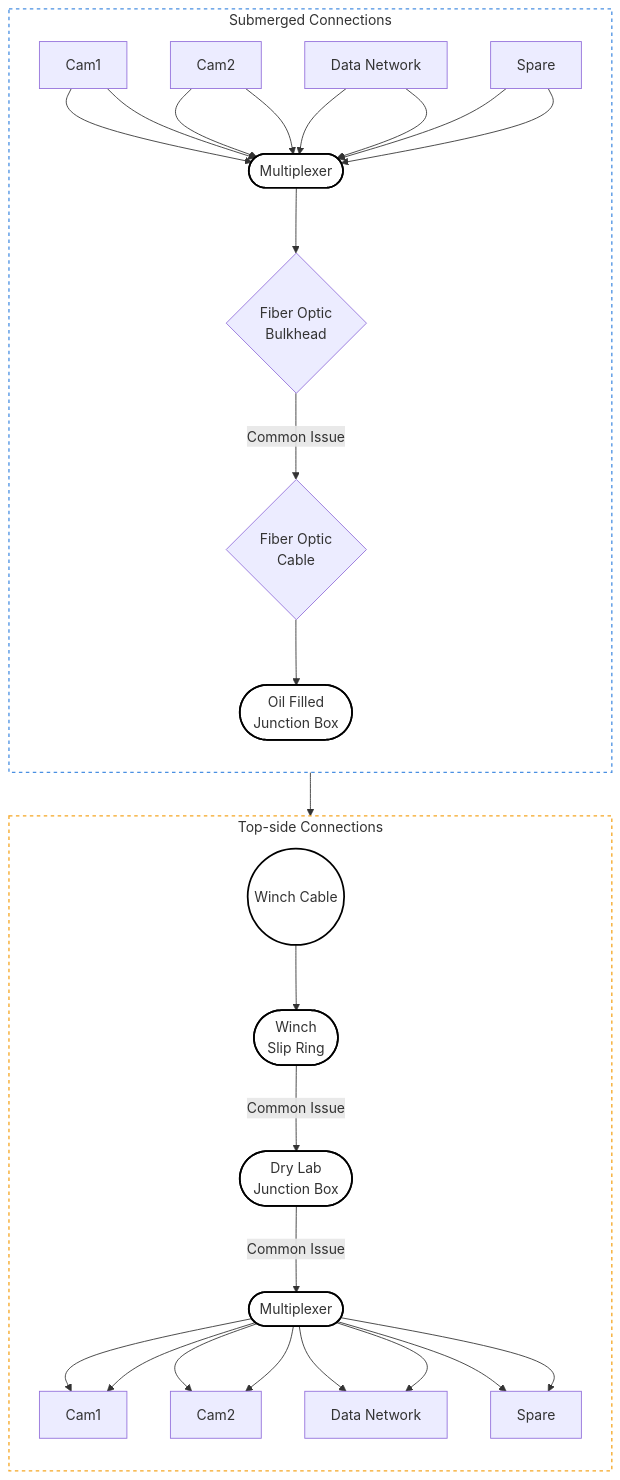
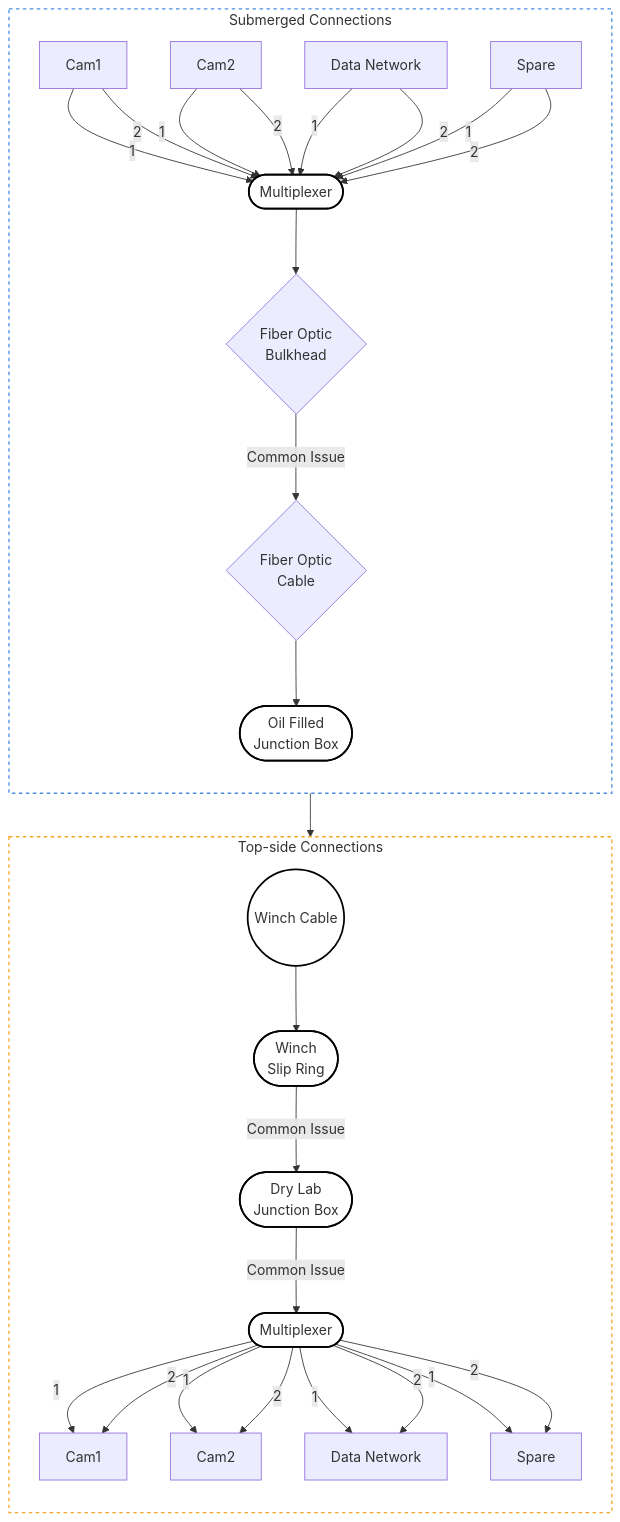
Before and after one commit to ncalabrese1/HabCam_SOP: the diagram in Maitenance/06-troubleshooting.qmd, drawn with Mermaid.

Commit message:
Refactor connections in troubleshooting diagram

````diff
--- a/Maitenance/06-troubleshooting.qmd
+++ b/Maitenance/06-troubleshooting.qmd
@@ -13,69 +13,69 @@
 ```{mermaid}
 graph TD
     subgraph Submerged["Submerged Connections"]
         direction TD
         
         Cam1_Sub["Cam1"]
         Cam2_Sub["Cam2"]
         Data_Sub["Data Network"]
         Spare_Sub["Spare"]
 
         Mux_Sub(["Multiplexer"])
 
-        Cam1_Sub --> Mux_Sub
-        Cam1_Sub --> Mux_Sub
-        Cam2_Sub --> Mux_Sub
-        Cam2_Sub --> Mux_Sub
-        Data_Sub --> Mux_Sub
-        Data_Sub --> Mux_Sub
-        Spare_Sub --> Mux_Sub
-        Spare_Sub --> Mux_Sub
+        Cam1_Sub -->|1| Mux_Sub
+        Cam1_Sub -->|2| Mux_Sub
+        Cam2_Sub -->|1| Mux_Sub
+        Cam2_Sub -->|2| Mux_Sub
+        Data_Sub -->|1| Mux_Sub
+        Data_Sub -->|2| Mux_Sub
+        Spare_Sub -->|1| Mux_Sub
+        Spare_Sub -->|2| Mux_Sub
 
         Bulkhead{"Fiber Optic<br/>Bulkhead"}
         FOCable{"Fiber Optic<br/>Cable"}
         OFJBox(["Oil Filled<br/>Junction Box"])
 
         Mux_Sub --> Bulkhead
-        Bulkhead -->|"Common Issue"| FOCable
+        Bulkhead -- "Common Issue" --> FOCable
         FOCable --> OFJBox
     end
 
     WinchCable(("Winch Cable"))
     OFJBox --> WinchCable
 
     subgraph TopSide["Top-side Connections"]
         direction TD
         
         SlipRing(["Winch<br/>Slip Ring"])
         DryLabJBox(["Dry Lab<br/>Junction Box"])
         Mux_Top(["Multiplexer"])
 
         WinchCable --> SlipRing
-        SlipRing -->|"Common Issue"| DryLabJBox
-        DryLabJBox -->|"Common Issue"| Mux_Top
+        SlipRing -- "Common Issue" --> DryLabJBox
+        DryLabJBox -- "Common Issue" --> Mux_Top
 
         Cam1_Top["Cam1"]
         Cam2_Top["Cam2"]
         Data_Top["Data Network"]
         Spare_Top["Spare"]
 
-        Mux_Top --> Cam1_Top
-        Mux_Top --> Cam1_Top
-        Mux_Top --> Cam2_Top
-        Mux_Top --> Cam2_Top
-        Mux_Top --> Data_Top
-        Mux_Top --> Data_Top
-        Mux_Top --> Spare_Top
-        Mux_Top --> Spare_Top
+        Mux_Top -->|1| Cam1_Top
+        Mux_Top -->|2| Cam1_Top
+        Mux_Top -->|1| Cam2_Top
+        Mux_Top -->|2| Cam2_Top
+        Mux_Top -->|1| Data_Top
+        Mux_Top -->|2| Data_Top
+        Mux_Top -->|1| Spare_Top
+        Mux_Top -->|2| Spare_Top
     end
 
     %% Diagram Styling
     style Submerged fill:#ffffff,stroke:#4a90e2,stroke-width:1.5px,stroke-dasharray: 4 4
     style TopSide fill:#ffffff,stroke:#f5a623,stroke-width:1.5px,stroke-dasharray: 4 4
     style Mux_Sub fill:#ffffff,stroke:#000000,stroke-width:2px
     style Mux_Top fill:#ffffff,stroke:#000000,stroke-width:2px
     style OFJBox fill:#ffffff,stroke:#000000,stroke-width:2px
     style SlipRing fill:#ffffff,stroke:#000000,stroke-width:2px
     style DryLabJBox fill:#ffffff,stroke:#000000,stroke-width:2px
     style WinchCable fill:#ffffff,stroke:#000000,stroke-width:2px
 ```
````
